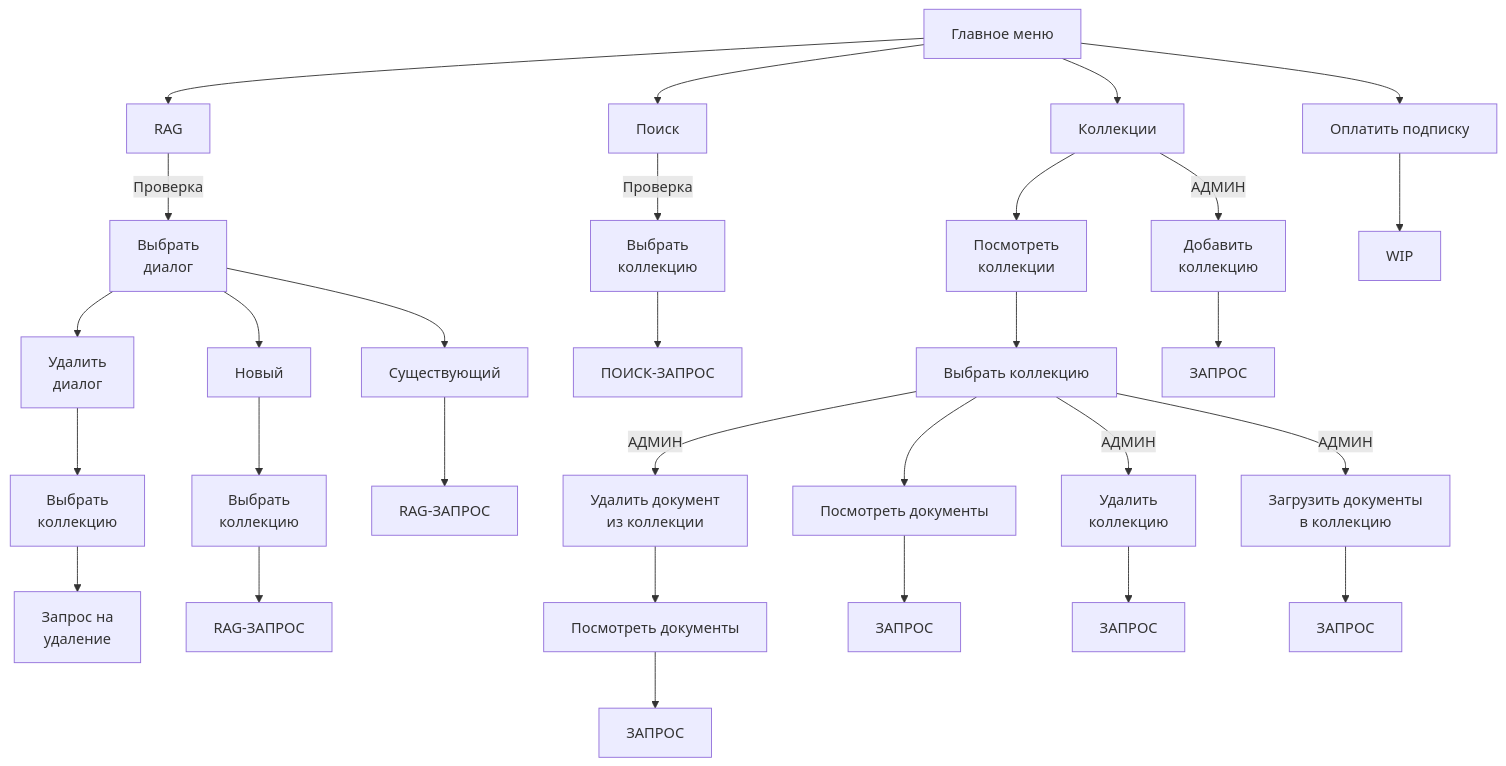
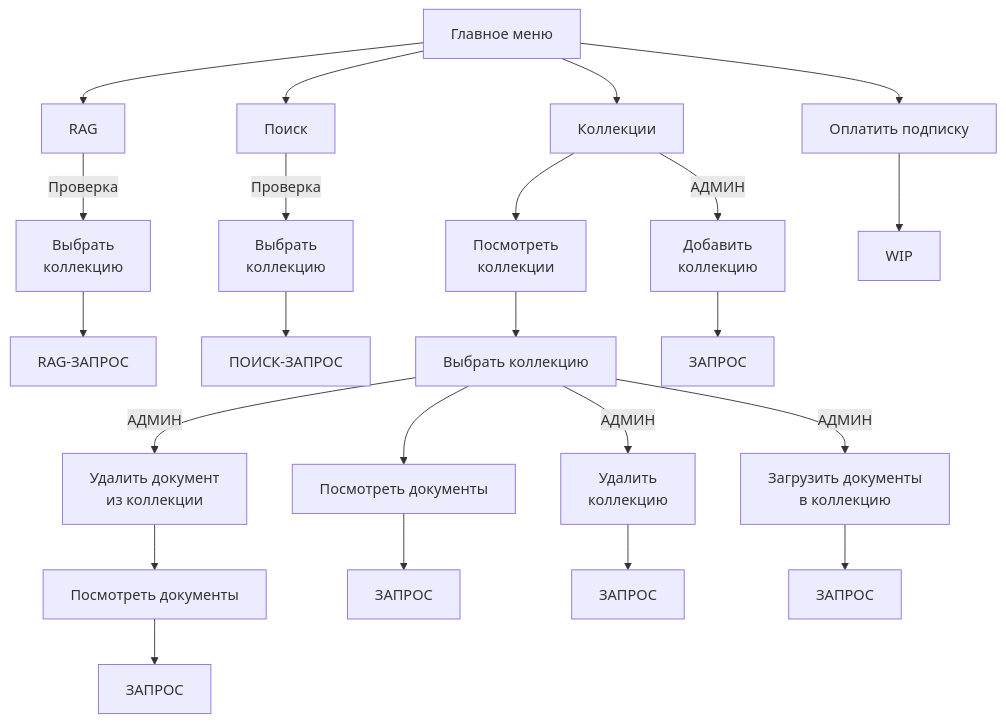
One commit to greathouseholder/final_project changed the diagram in docs/UserScheme.md. Above: the diagram before and after it, drawn with Mermaid.

````diff
--- a/docs/UserScheme.md
+++ b/docs/UserScheme.md
@@ -5,33 +5,25 @@
 ```mermaid
 graph TD
   A[Главное меню] --> B[RAG]
-  B --> |Проверка| C[Выбрать\nдиалог]
-  C --> D[Новый]
-  C --> E[Существующий]
-  C --> U[Удалить\nдиалог]
-  U --> F1[Выбрать\nколлекцию]
-  F1 --> H[Запрос на\nудаление]
-  D --> F[Выбрать\nколлекцию]
+  B --> |Проверка| F[Выбрать\nколлекцию]
   F --> G1[RAG-ЗАПРОС]
-  E --> G2[RAG-ЗАПРОС]
   A --> I[Поиск]
   I --> |Проверка| J[Выбрать\nколлекцию]
   J --> K[ПОИСК-ЗАПРОС]
   A --> L[Коллекции]
   L --> M[Посмотреть\nколлекции]
   M --> Z[Выбрать коллекцию]
   L --> |АДМИН| N[Добавить\nколлекцию]
   Z --> |АДМИН| O[Удалить\nколлекцию]
   Z --> |АДМИН| P[Загрузить документы\nв коллекцию]
   Z --> |АДМИН| Q[Удалить документ\nиз коллекции]
   Q --> R2.1[Посмотреть документы]
   Z --> R1.1[Посмотреть документы]
   R1.1 --> R1.2[ЗАПРОС]
   R2.1 --> R2.2[ЗАПРОС]
   N --> R2[ЗАПРОС]
   O --> R3[ЗАПРОС]
   P --> R4[ЗАПРОС]
   A --> S[Оплатить подписку]
-  S --> T[WIP]
-  
+  S --> T[WIP]  
 ```
````
